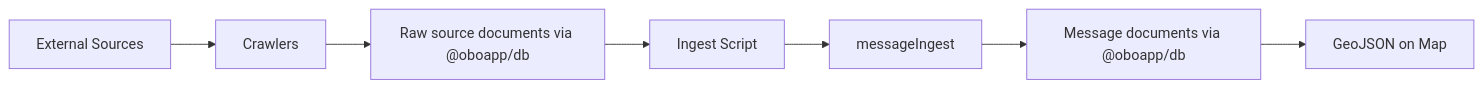
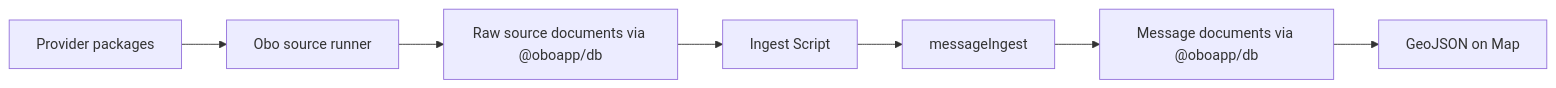
One commit to oboapp/oboapp changed the diagram in ingest/crawlers/README.md. Above: the diagram before and after it, drawn with Mermaid. The commit also changed other lines of this file and 7 other files, not shown here.

````diff
--- a/ingest/crawlers/README.md
+++ b/ingest/crawlers/README.md
@@ -119,9 +100,9 @@
 ```mermaid
 flowchart LR
-    A[External Sources] --> B[Crawlers]
+    A[Provider packages] --> B[Obo source runner]
     B --> C[Raw source documents via @oboapp/db]
     C --> D[Ingest Script]
     D --> E[messageIngest]
     E --> F[Message documents via @oboapp/db]
     F --> G[GeoJSON on Map]
 ```
````
